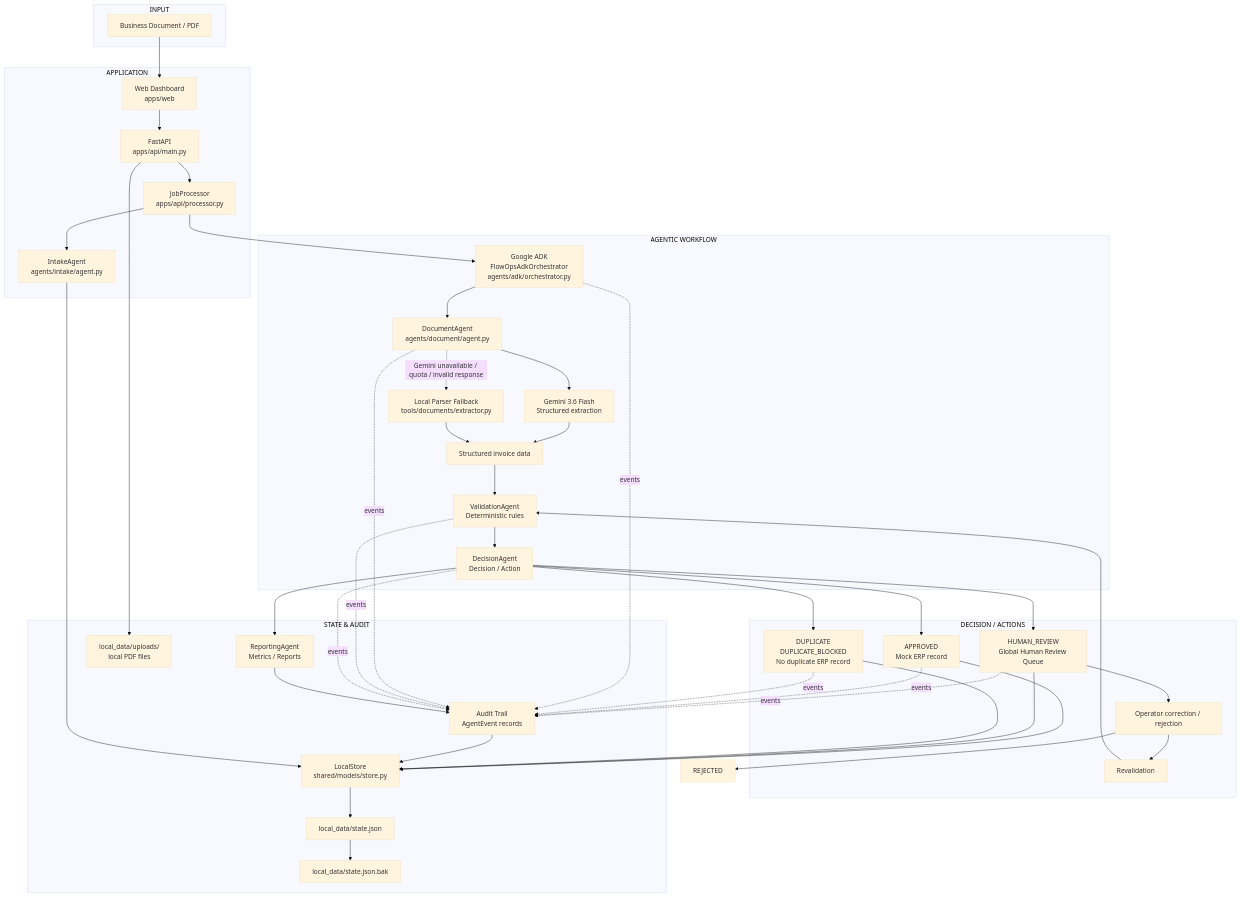
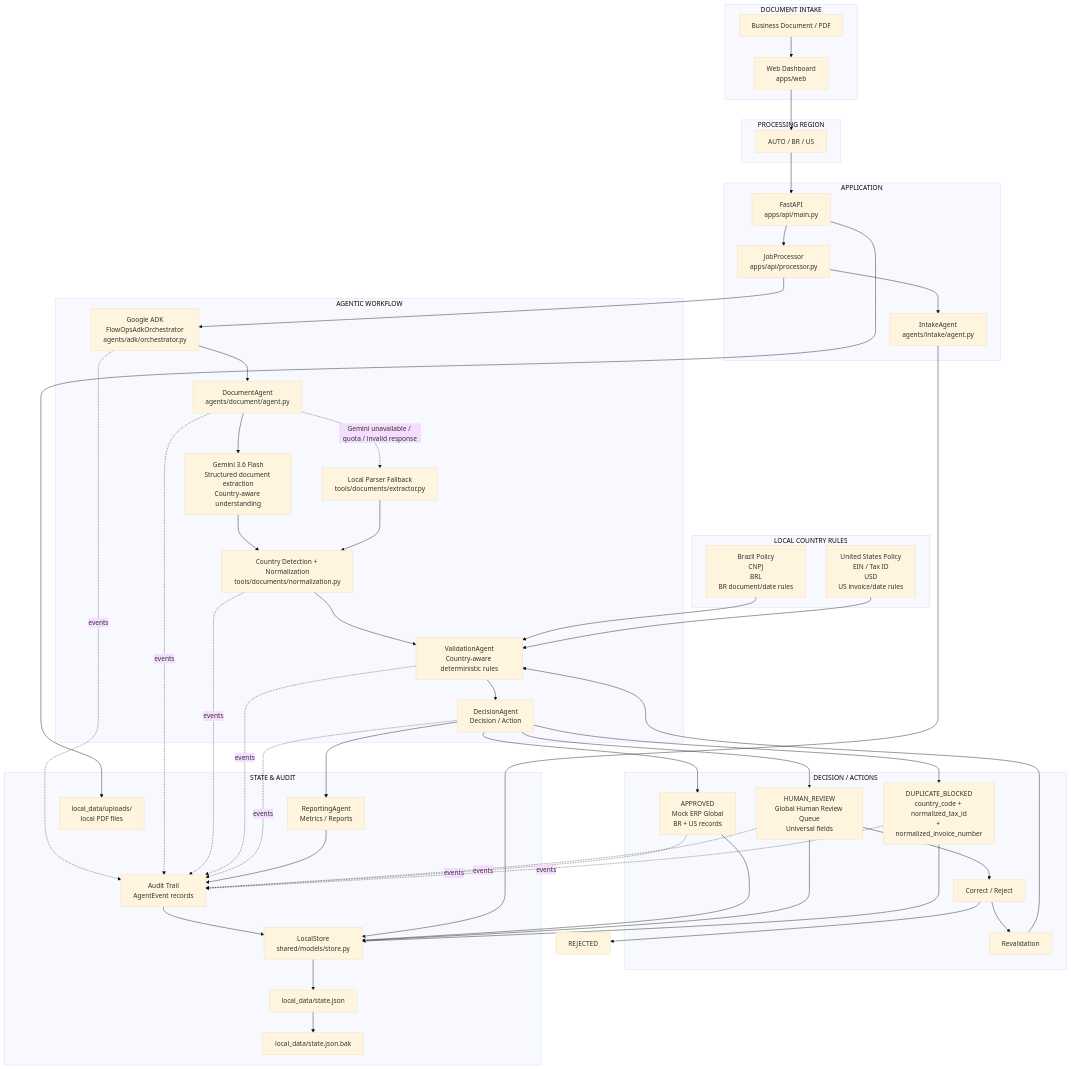
The first of 4 diagrams in docs/architecture.md (kakaroto2025/flowops-ai), drawn with Mermaid (base theme) before and after one commit. The commit also changed other lines of this file and 3 other files, not shown here.

Commit message:
Update multi-country architecture documentation

````diff
--- a/docs/architecture.md
+++ b/docs/architecture.md
@@ -12,11 +12,15 @@
 ```mermaid
 flowchart TD
-    subgraph Input["INPUT"]
+    subgraph Input["DOCUMENT INTAKE"]
         PDF["Business Document / PDF"]
+        Web["Web Dashboard<br/>apps/web"]
+    end
+
+    subgraph Region["PROCESSING REGION"]
+        Mode["AUTO / BR / US"]
     end
 
     subgraph Application["APPLICATION"]
-        Web["Web Dashboard<br/>apps/web"]
         API["FastAPI<br/>apps/api/main.py"]
         Processor["JobProcessor<br/>apps/api/processor.py"]
         Intake["IntakeAgent<br/>agents/intake/agent.py"]
@@ -25,19 +29,24 @@
     subgraph Agentic["AGENTIC WORKFLOW"]
         ADK["Google ADK<br/>FlowOpsAdkOrchestrator<br/>agents/adk/orchestrator.py"]
         Document["DocumentAgent<br/>agents/document/agent.py"]
-        Gemini["Gemini 3.6 Flash<br/>Structured extraction"]
+        Gemini["Gemini 3.6 Flash<br/>Structured document extraction<br/>Country-aware understanding"]
         Fallback["Local Parser Fallback<br/>tools/documents/extractor.py"]
-        Structured["Structured invoice data"]
-        Validation["ValidationAgent<br/>Deterministic rules"]
+        Normalize["Country Detection + Normalization<br/>tools/documents/normalization.py"]
+        Validation["ValidationAgent<br/>Country-aware deterministic rules"]
         Decision["DecisionAgent<br/>Decision / Action"]
     end
 
+    subgraph Policies["LOCAL COUNTRY RULES"]
+        BR["Brazil Policy<br/>CNPJ<br/>BRL<br/>BR document/date rules"]
+        US["United States Policy<br/>EIN / Tax ID<br/>USD<br/>US invoice/date rules"]
+    end
+
     subgraph Actions["DECISION / ACTIONS"]
-        ERP["APPROVED<br/>Mock ERP record"]
-        Review["HUMAN_REVIEW<br/>Global Human Review Queue"]
-        Operator["Operator correction / rejection"]
+        ERP["APPROVED<br/>Mock ERP Global<br/>BR + US records"]
+        Review["HUMAN_REVIEW<br/>Global Human Review Queue<br/>Universal fields"]
+        Operator["Correct / Reject"]
         Revalidate["Revalidation"]
-        Duplicate["DUPLICATE<br/>DUPLICATE_BLOCKED<br/>No duplicate ERP record"]
+        Duplicate["DUPLICATE_BLOCKED<br/>country_code + normalized_tax_id<br/>+ normalized_invoice_number"]
     end
 
     subgraph StateAudit["STATE & AUDIT"]
@@ -50,16 +59,19 @@
     end
 
     PDF --> Web
-    Web --> API
+    Web --> Mode
+    Mode --> API
     API --> Processor
     Processor --> Intake
     Processor --> ADK
     ADK --> Document
     Document --> Gemini
-    Gemini --> Structured
+    Gemini --> Normalize
     Document -. "Gemini unavailable / quota / invalid response" .-> Fallback
-    Fallback --> Structured
-    Structured --> Validation
+    Fallback --> Normalize
+    Normalize --> Validation
+    BR --> Validation
+    US --> Validation
     Validation --> Decision
 
     Decision --> ERP
@@ -72,6 +84,7 @@
 
     ADK -. events .-> Audit
     Document -. events .-> Audit
+    Normalize -. events .-> Audit
     Validation -. events .-> Audit
     Decision -. events .-> Audit
     Review -. events .-> Audit
````
